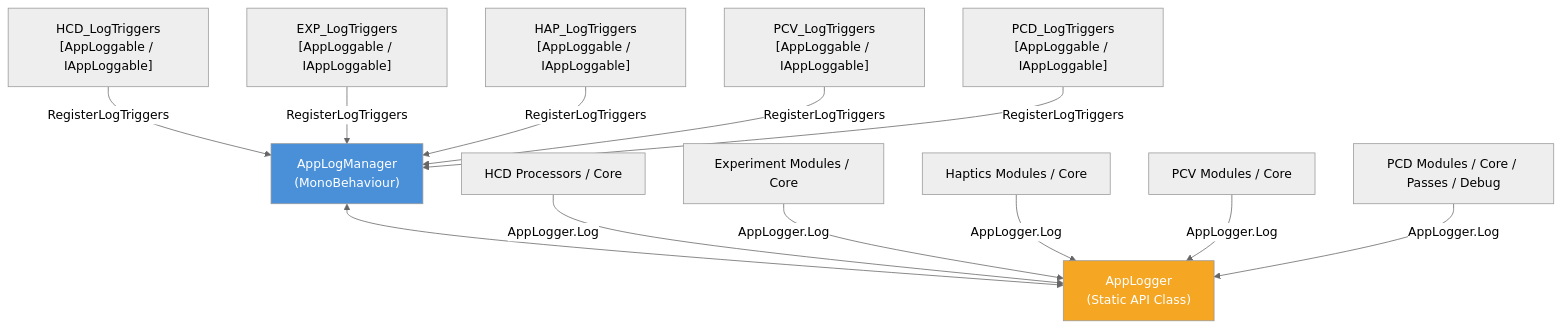
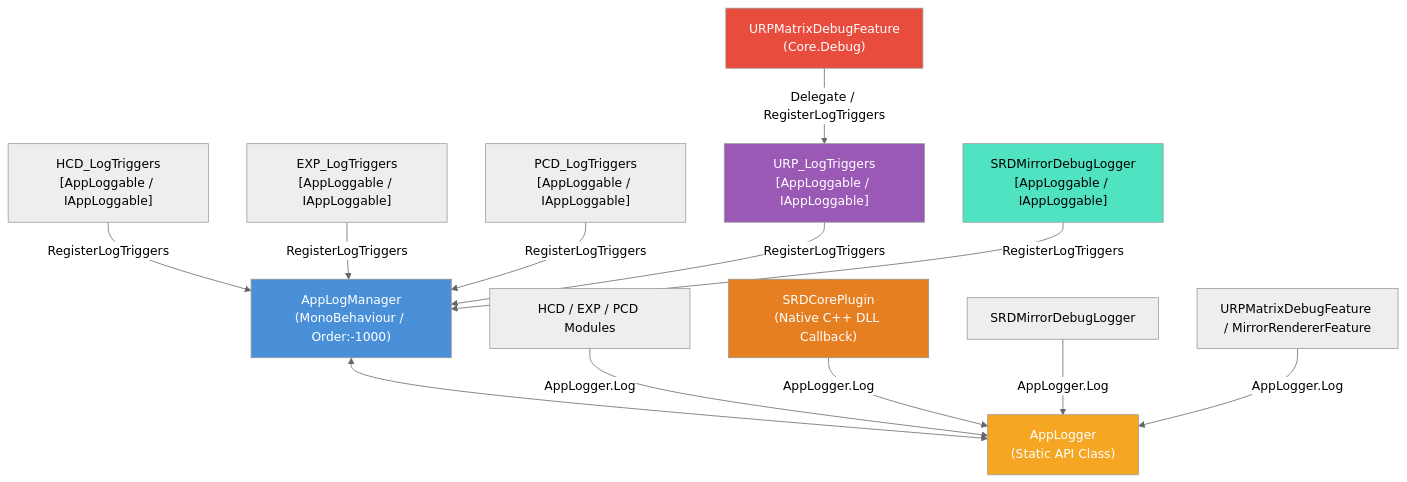
The diagram in Docs/Logging.md (kotetsuOU/HandTrakingDemo), drawn with Mermaid (neutral theme) before and after one commit. The commit also changed other lines of this file and 96 other files, not shown here.

````diff
--- a/Docs/Logging.md
+++ b/Docs/Logging.md
@@ -62,19 +57,23 @@
 ```mermaid
 graph TD
-    AppLogManager["AppLogManager<br/>(MonoBehaviour)"] <--> AppLogger["AppLogger<br/>(Static API Class)"]
+    AppLogManager["AppLogManager<br/>(MonoBehaviour / Order:-1000)"] <--> AppLogger["AppLogger<br/>(Static API Class)"]
 
     LogTriggersHCD["HCD_LogTriggers<br/>[AppLoggable / IAppLoggable]"] --> |RegisterLogTriggers| AppLogManager
     LogTriggersEXP["EXP_LogTriggers<br/>[AppLoggable / IAppLoggable]"] --> |RegisterLogTriggers| AppLogManager
-    LogTriggersHAP["HAP_LogTriggers<br/>[AppLoggable / IAppLoggable]"] --> |RegisterLogTriggers| AppLogManager
-    LogTriggersPCV["PCV_LogTriggers<br/>[AppLoggable / IAppLoggable]"] --> |RegisterLogTriggers| AppLogManager
     LogTriggersPCD["PCD_LogTriggers<br/>[AppLoggable / IAppLoggable]"] --> |RegisterLogTriggers| AppLogManager
+    LogTriggersURP["URP_LogTriggers<br/>[AppLoggable / IAppLoggable]"] --> |RegisterLogTriggers| AppLogManager
+    SRDDbgLogger["SRDMirrorDebugLogger<br/>[AppLoggable / IAppLoggable]"] --> |RegisterLogTriggers| AppLogManager
+    URPDebug["URPMatrixDebugFeature<br/>(Core.Debug)"] --> |Delegate / RegisterLogTriggers| LogTriggersURP
 
-    Processors["HCD Processors / Core"] --> |AppLogger.Log| AppLogger
-    EXPModules["Experiment Modules / Core"] --> |AppLogger.Log| AppLogger
-    HAPModules["Haptics Modules / Core"] --> |AppLogger.Log| AppLogger
-    PCVModules["PCV Modules / Core"] --> |AppLogger.Log| AppLogger
-    PCDModules["PCD Modules / Core / Passes / Debug"] --> |AppLogger.Log| AppLogger
+    Processors["HCD / EXP / PCD Modules"] --> |AppLogger.Log| AppLogger
+    SRDCorePlugin["SRDCorePlugin<br/>(Native C++ DLL Callback)"] --> |AppLogger.Log| AppLogger
+    SRDModules["SRDMirrorDebugLogger"] --> |AppLogger.Log| AppLogger
+    URPModules["URPMatrixDebugFeature / MirrorRendererFeature"] --> |AppLogger.Log| AppLogger
 
     style AppLogManager fill:#4a90d9,color:#fff
     style AppLogger fill:#f5a623,color:#fff
+    style SRDCorePlugin fill:#e67e22,color:#fff
+    style SRDDbgLogger fill:#50e3c2,color:#000
+    style URPDebug fill:#e74c3c,color:#fff
+    style LogTriggersURP fill:#9b59b6,color:#fff
 ```
````
